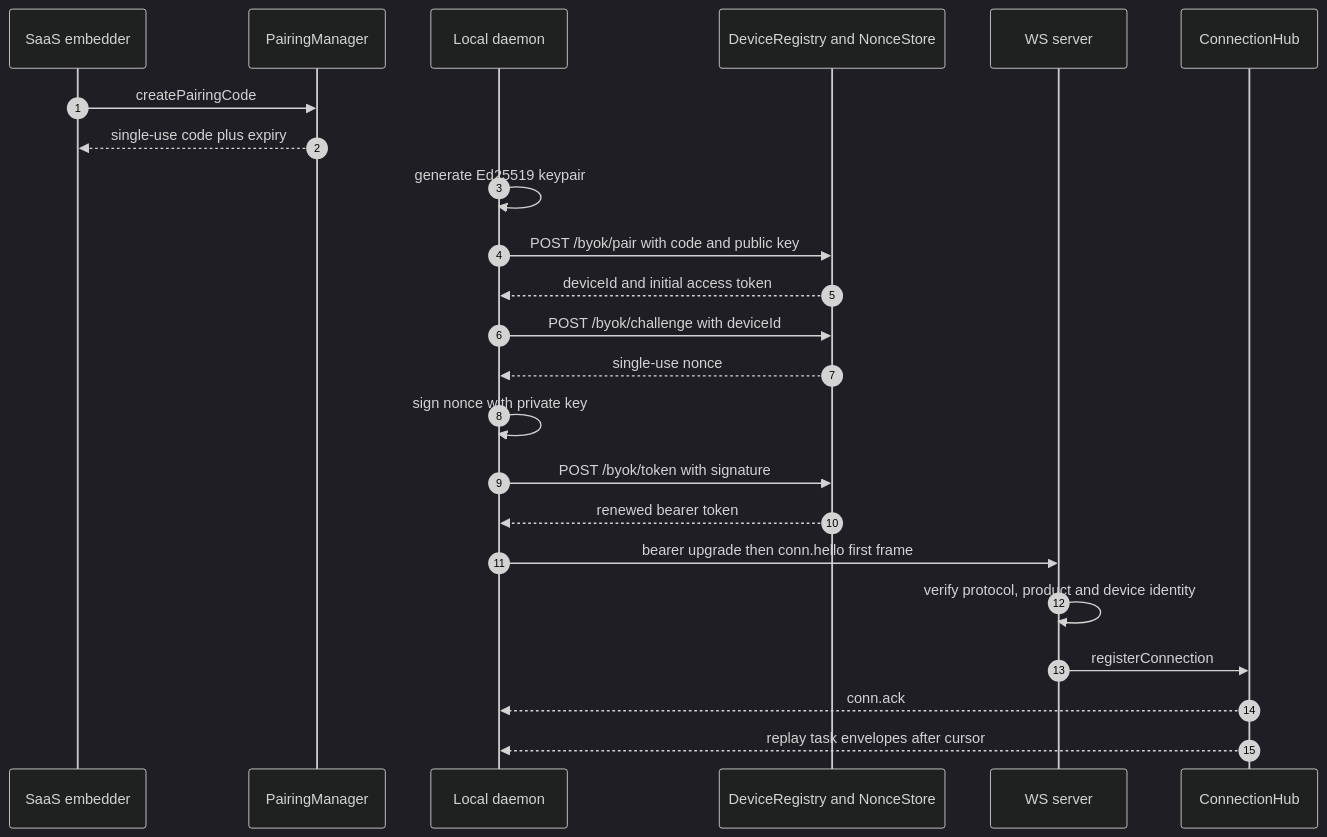
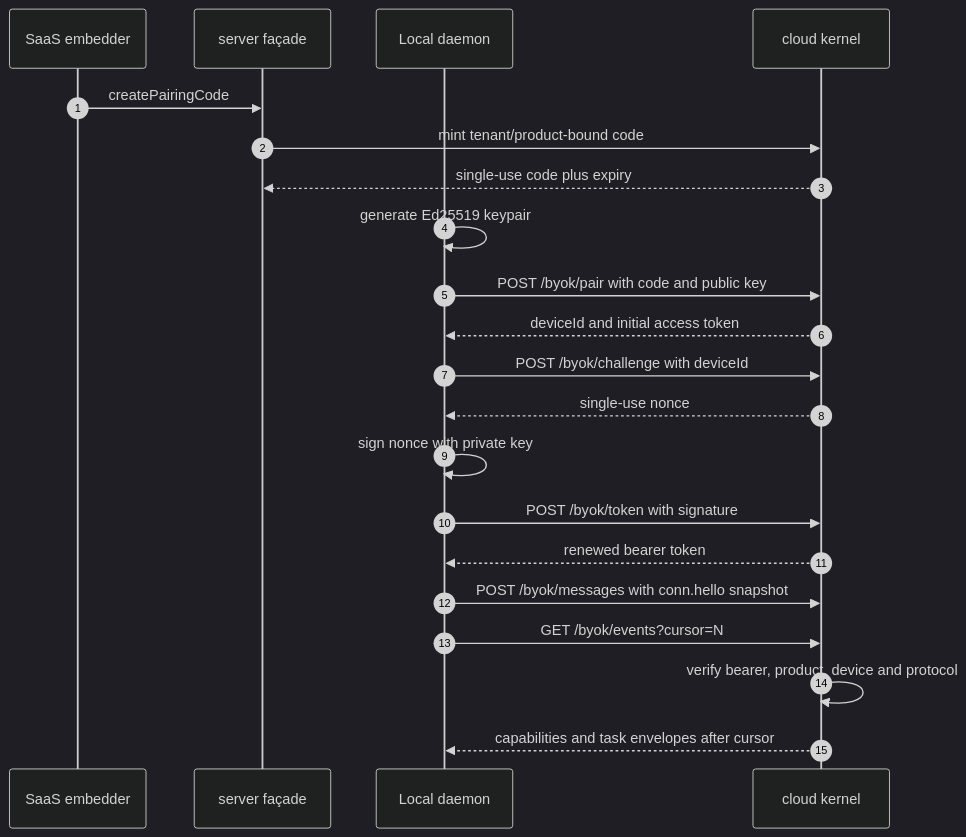
Before and after one commit to Ancienttwo/byok-sdk: diagram 11 of 23 in docs/architecture/sdk-architecture.md, drawn with Mermaid (dark theme). The commit also changed other lines of this file and 10 other files, not shown here.

````diff
--- a/docs/architecture/sdk-architecture.md
+++ b/docs/architecture/sdk-architecture.md
@@ -752,26 +759,24 @@
 ```mermaid
 sequenceDiagram
   autonumber
   participant App as SaaS embedder
-  participant Pair as PairingManager
+  participant Server as server façade
   participant D as Local daemon
-  participant Auth as DeviceRegistry and NonceStore
-  participant WS as WS server
-  participant Hub as ConnectionHub
+  participant Cloud as cloud kernel
 
-  App->>Pair: createPairingCode
-  Pair-->>App: single-use code plus expiry
+  App->>Server: createPairingCode
+  Server->>Cloud: mint tenant/product-bound code
+  Cloud-->>Server: single-use code plus expiry
   D->>D: generate Ed25519 keypair
-  D->>Auth: POST /byok/pair with code and public key
-  Auth-->>D: deviceId and initial access token
-  D->>Auth: POST /byok/challenge with deviceId
-  Auth-->>D: single-use nonce
+  D->>Cloud: POST /byok/pair with code and public key
+  Cloud-->>D: deviceId and initial access token
+  D->>Cloud: POST /byok/challenge with deviceId
+  Cloud-->>D: single-use nonce
   D->>D: sign nonce with private key
-  D->>Auth: POST /byok/token with signature
-  Auth-->>D: renewed bearer token
-  D->>WS: bearer upgrade then conn.hello first frame
-  WS->>WS: verify protocol, product and device identity
-  WS->>Hub: registerConnection
-  Hub-->>D: conn.ack
-  Hub-->>D: replay task envelopes after cursor
+  D->>Cloud: POST /byok/token with signature
+  Cloud-->>D: renewed bearer token
+  D->>Cloud: POST /byok/messages with conn.hello snapshot
+  D->>Cloud: GET /byok/events?cursor=N
+  Cloud->>Cloud: verify bearer, product, device and protocol
+  Cloud-->>D: capabilities and task envelopes after cursor
 ```
````
